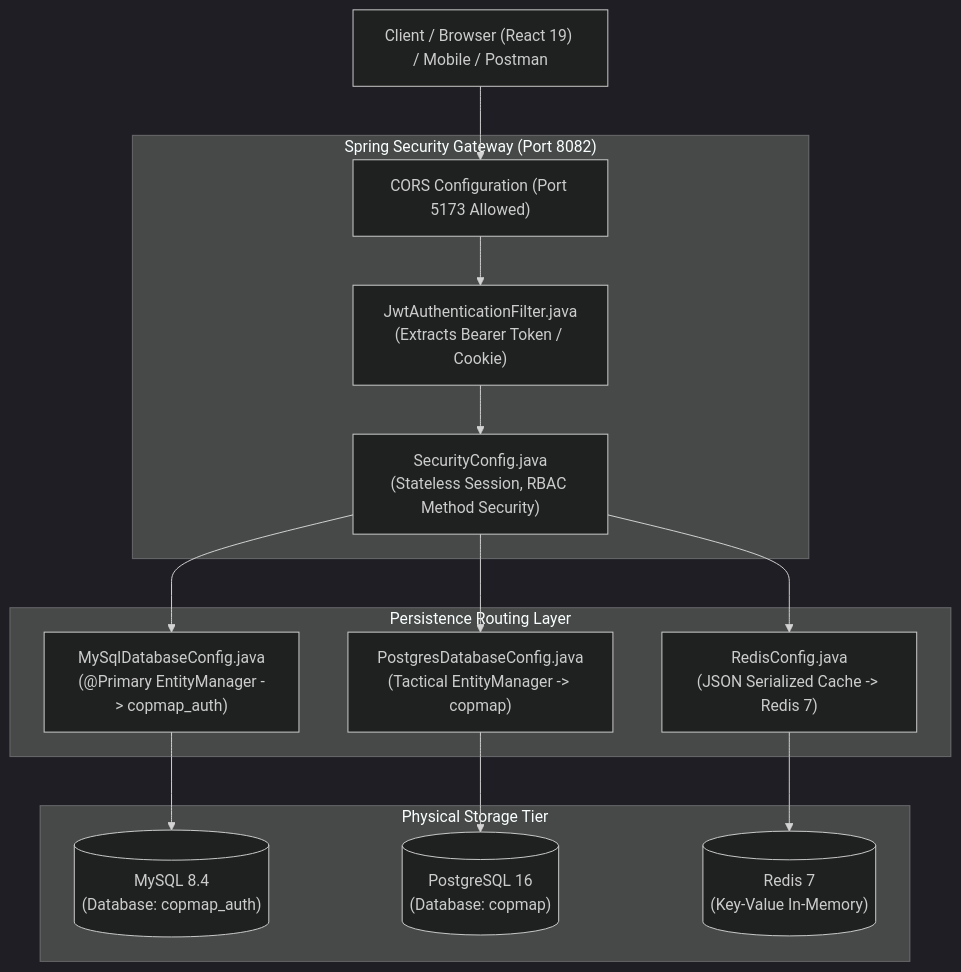
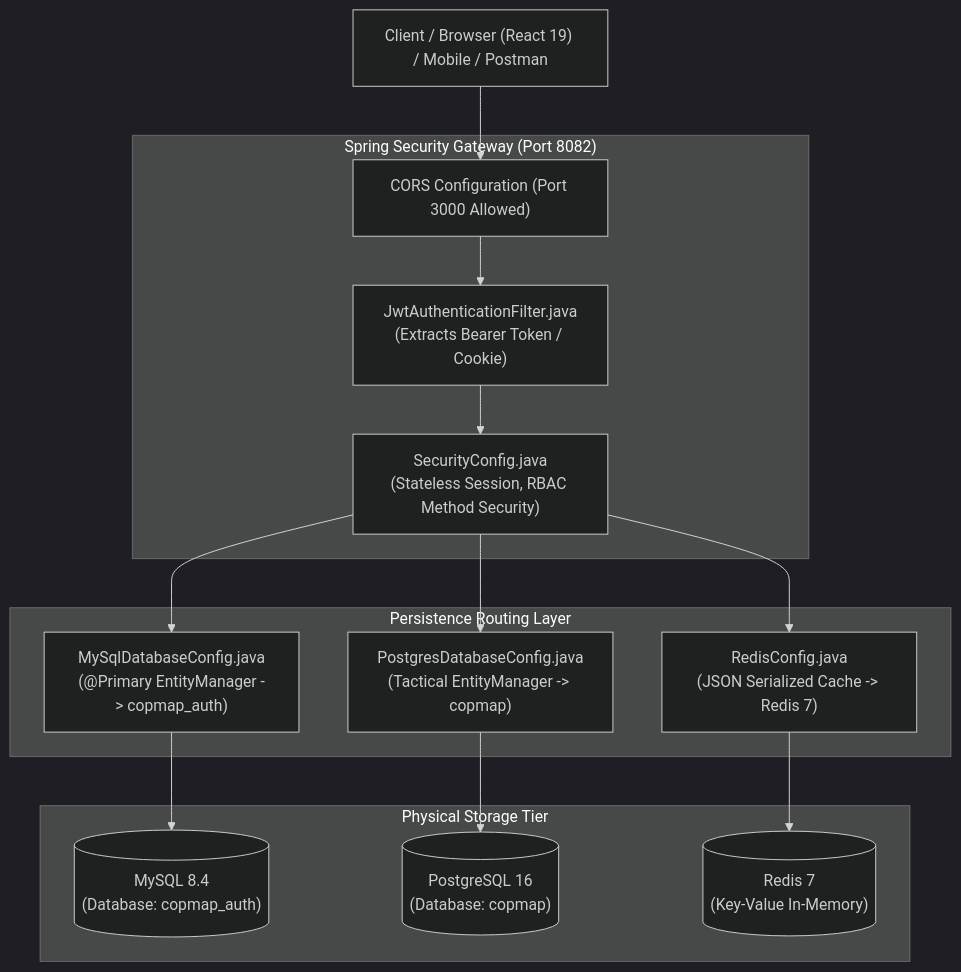
Before and after one commit to Anantctrl/CMP: the first of 7 diagrams in README.md, drawn with Mermaid (dark theme). The commit also changed other lines of this file, not shown here.

Commit message:
Update frontend port in README

````diff
--- a/README.md
+++ b/README.md
@@ -88,27 +88,27 @@
 ```mermaid
 flowchart TB
     Client["Client / Browser (React 19) / Mobile / Postman"]
     
     subgraph SecurityGateway["Spring Security Gateway (Port 8082)"]
-        Cors["CORS Configuration (Port 5173 Allowed)"]
+        Cors["CORS Configuration (Port 3000 Allowed)"]
         JwtFilter["JwtAuthenticationFilter.java<br/>(Extracts Bearer Token / Cookie)"]
         SecurityConfig["SecurityConfig.java<br/>(Stateless Session, RBAC Method Security)"]
     end
     
     subgraph Routing["Persistence Routing Layer"]
         MySQLRouter["MySqlDatabaseConfig.java<br/>(@Primary EntityManager -> copmap_auth)"]
         PostgresRouter["PostgresDatabaseConfig.java<br/>(Tactical EntityManager -> copmap)"]
         RedisRouter["RedisConfig.java<br/>(JSON Serialized Cache -> Redis 7)"]
     end
 
     subgraph Storage["Physical Storage Tier"]
         MySQL[("MySQL 8.4<br/>(Database: copmap_auth)")]
         PostgreSQL[("PostgreSQL 16<br/>(Database: copmap)")]
         Redis[("Redis 7<br/>(Key-Value In-Memory)")]
     end
 
     Client --> Cors --> JwtFilter --> SecurityConfig
     SecurityConfig --> MySQLRouter --> MySQL
     SecurityConfig --> PostgresRouter --> PostgreSQL
     SecurityConfig --> RedisRouter --> Redis
 ```
````
